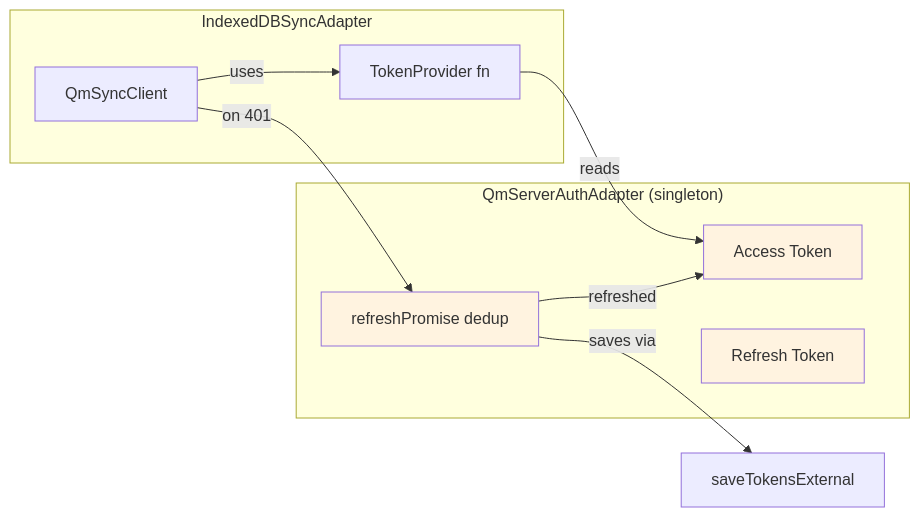
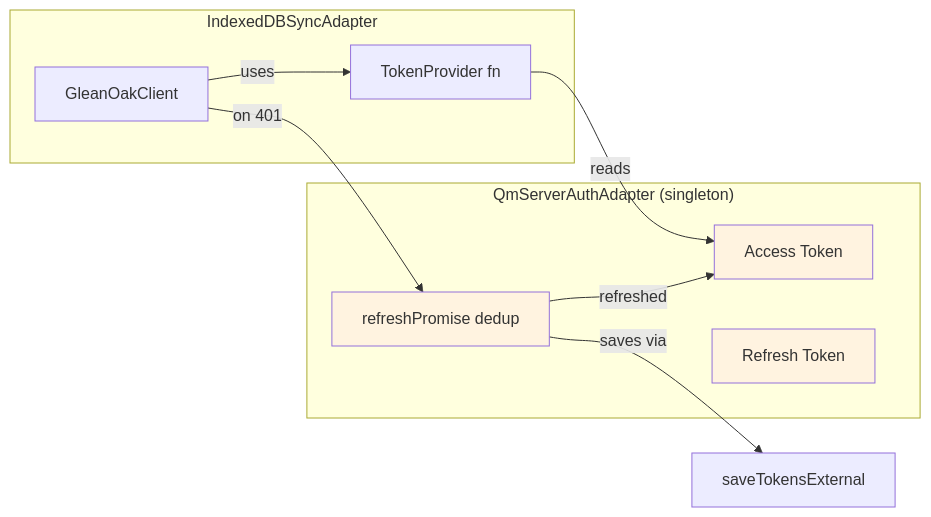
One commit to loidinhm31/fin-catch changed the fifth of 9 diagrams in docs/architecture.md. Above: the diagram before and after it, drawn with Mermaid. The commit also changed other lines of this file and 42 other files, not shown here.

````diff
--- a/docs/architecture.md
+++ b/docs/architecture.md
@@ -304,22 +304,22 @@
 ```mermaid
 flowchart LR
     subgraph AuthService["QmServerAuthAdapter (singleton)"]
         AT[Access Token]
         RT[Refresh Token]
         RP[refreshPromise dedup]
     end
 
     subgraph SyncAdapter["IndexedDBSyncAdapter"]
         TP[TokenProvider fn]
-        QSC[QmSyncClient]
+        QSC[GleanOakClient]
     end
 
     TP -->|reads| AT
     QSC -->|uses| TP
     QSC -->|on 401| RP
     RP -->|refreshed| AT
     RP -->|saves via| EXT[saveTokensExternal]
 
     classDef auth fill:#fff3e0
     class AT,RT,RP auth
 ```
````
